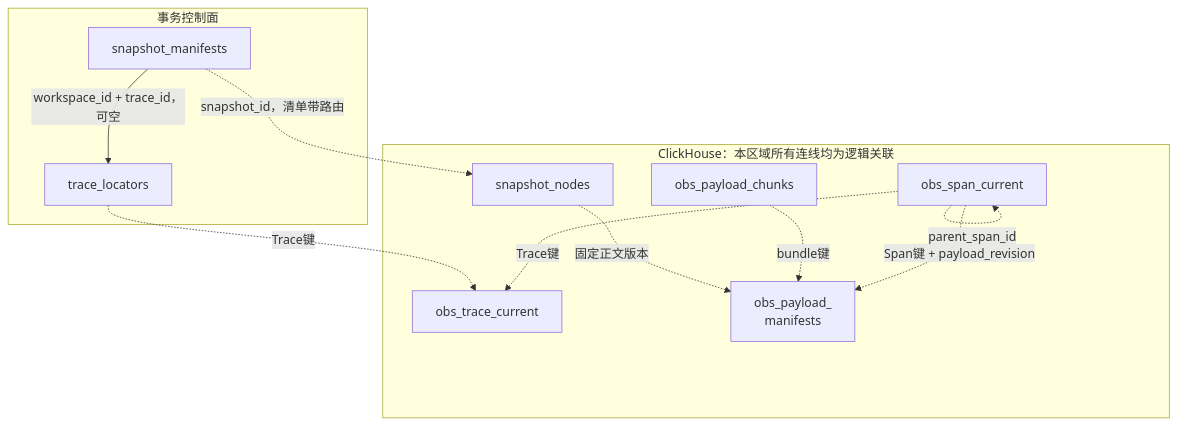
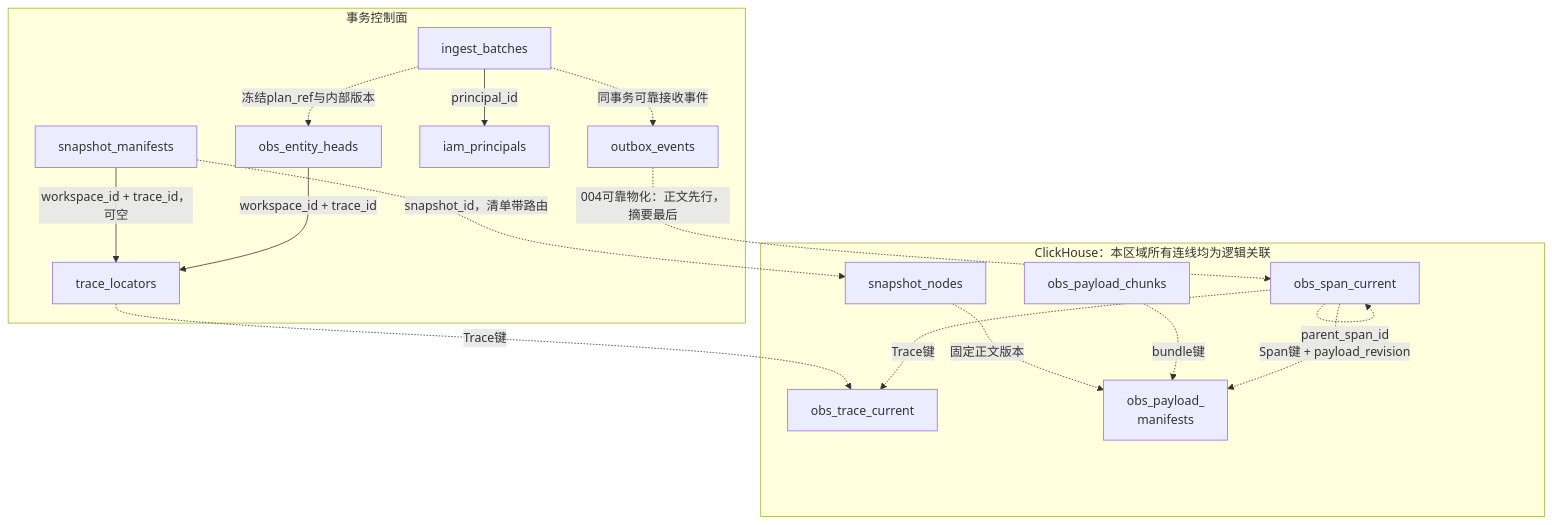
One commit to openeuler-mirror/agent-insight changed the seventh of 8 diagrams in design/platform/analytical-transactional-storage/core-table-dictionary.md. Above: the diagram before and after it, drawn with Mermaid. The commit also changed other lines of this file and 15 other files, not shown here.

````diff
--- a/design/platform/analytical-transactional-storage/core-table-dictionary.md
+++ b/design/platform/analytical-transactional-storage/core-table-dictionary.md
@@ -210,22 +219,31 @@
 ```mermaid
 flowchart TB
   subgraph CONTROL[事务控制面]
     LOC[trace_locators]
+    BATCH[ingest_batches]
+    HEAD[obs_entity_heads]
+    OUTBOX[outbox_events]
+    PRINCIPAL[iam_principals]
+    BATCH -->|principal_id| PRINCIPAL
+    HEAD -->|workspace_id + trace_id| LOC
+    BATCH -.->|同事务可靠接收事件| OUTBOX
+    BATCH -.->|冻结plan_ref与内部版本| HEAD
     SNAP[snapshot_manifests]
     SNAP -->|workspace_id + trace_id，可空| LOC
   end
   subgraph FACTS[ClickHouse：本区域所有连线均为逻辑关联]
     TRACE[obs_trace_current]
     SPAN[obs_span_current]
     MANIFEST["obs_payload_<br/>manifests"]
     CHUNK[obs_payload_chunks]
     NODE[snapshot_nodes]
     SPAN -.->|Trace键| TRACE
     SPAN -.->|parent_span_id| SPAN
     SPAN -.->|Span键 + payload_revision| MANIFEST
     CHUNK -.->|bundle键| MANIFEST
     NODE -.->|固定正文版本| MANIFEST
   end
+  OUTBOX -.->|004可靠物化：正文先行，摘要最后| SPAN
   LOC -.->|Trace键| TRACE
   SNAP -.->|snapshot_id，清单带路由| NODE
 ```
````
